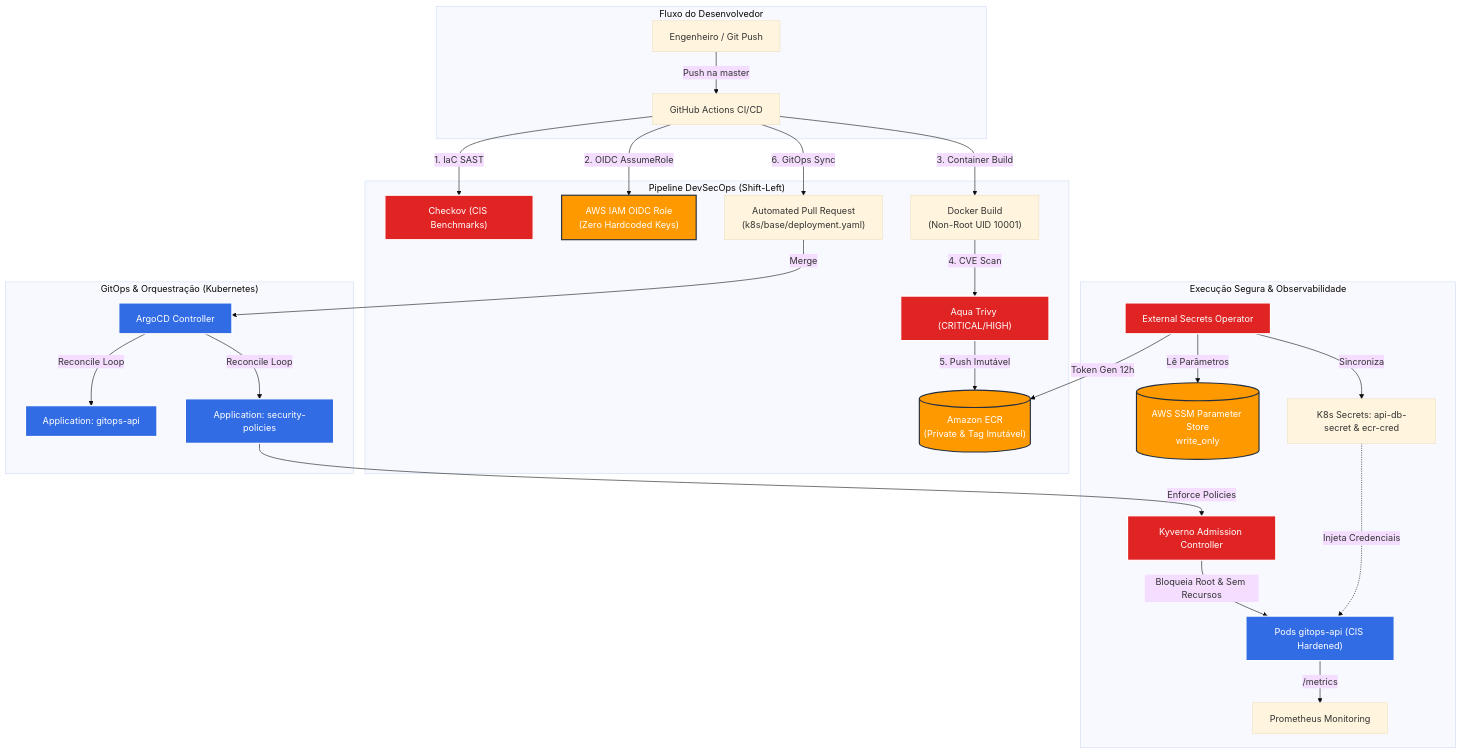
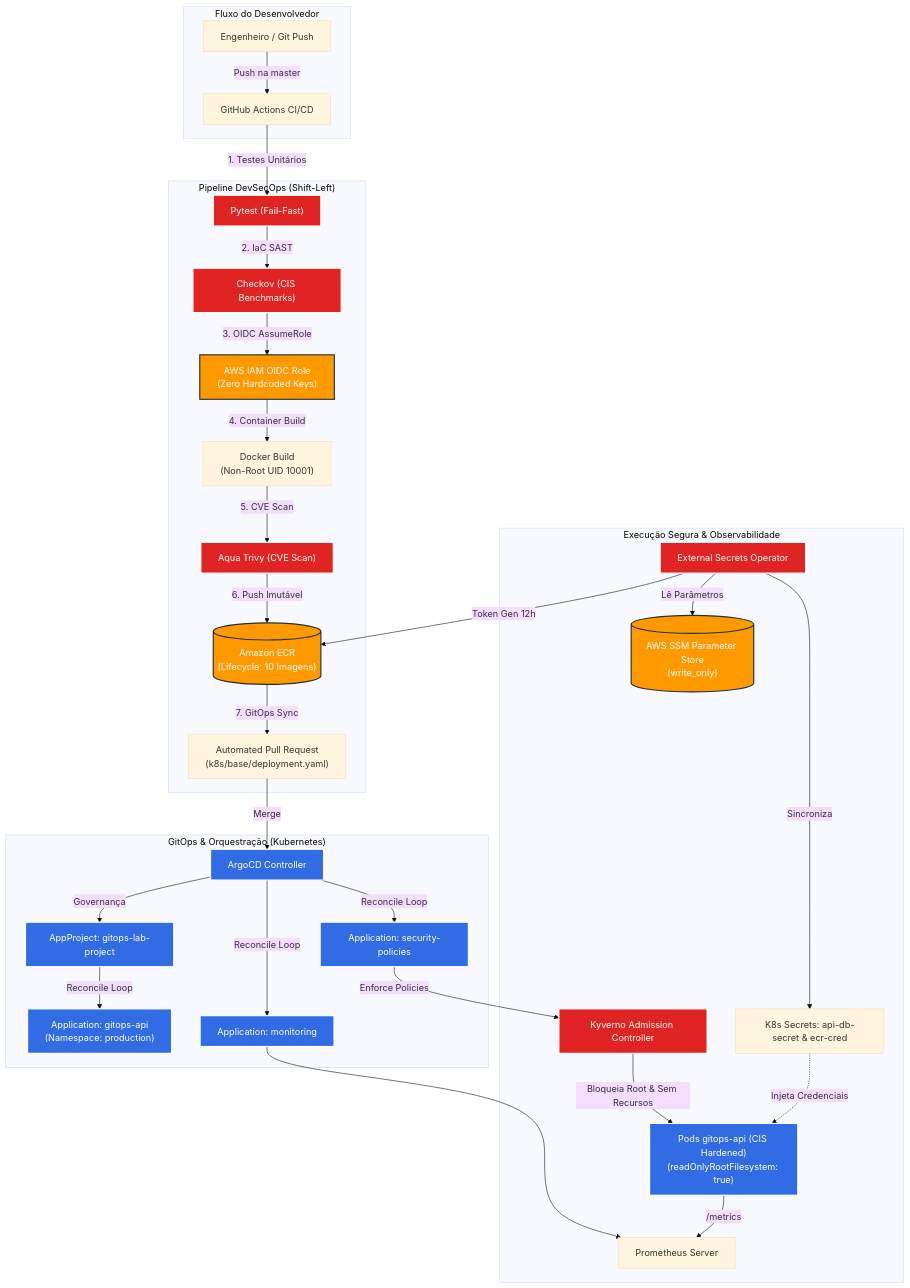
One commit to mdhenriques/gitops-lab changed the diagram in README.md. Above: the diagram before and after it, drawn with Mermaid (base theme). The commit also changed other lines of this file, not shown here.

Commit message:
docs: revisao completa do README com arquitetura atualizada, appproject e testes

````diff
--- a/README.md
+++ b/README.md
@@ -17,40 +17,44 @@
 ```mermaid
 flowchart TD
     subgraph Developer_Workflow["Fluxo do Desenvolvedor"]
         DEV["Engenheiro / Git Push"] -->|Push na master| GHA["GitHub Actions CI/CD"]
     end
 
     subgraph CI_Security_Pipeline["Pipeline DevSecOps (Shift-Left)"]
-        GHA -->|1. IaC SAST| CKV["Checkov (CIS Benchmarks)"]
-        GHA -->|2. OIDC AssumeRole| IAM["AWS IAM OIDC Role\n(Zero Hardcoded Keys)"]
-        GHA -->|3. Container Build| DOCKER["Docker Build\n(Non-Root UID 10001)"]
-        DOCKER -->|4. CVE Scan| TRIVY["Aqua Trivy (CRITICAL/HIGH)"]
-        TRIVY -->|5. Push Imutável| ECR[("Amazon ECR\n(Private & Tag Imutável)")]
-        GHA -->|6. GitOps Sync| PR["Automated Pull Request\n(k8s/base/deployment.yaml)"]
+        GHA -->|1. Testes Unitários| PYTEST["Pytest (Fail-Fast)"]
+        PYTEST -->|2. IaC SAST| CKV["Checkov (CIS Benchmarks)"]
+        CKV -->|3. OIDC AssumeRole| IAM["AWS IAM OIDC Role\n(Zero Hardcoded Keys)"]
+        IAM -->|4. Container Build| DOCKER["Docker Build\n(Non-Root UID 10001)"]
+        DOCKER -->|5. CVE Scan| TRIVY["Aqua Trivy (CVE Scan)"]
+        TRIVY -->|6. Push Imutável| ECR[("Amazon ECR\n(Lifecycle: 10 Imagens)")]
+        ECR -->|7. GitOps Sync| PR["Automated Pull Request\n(k8s/base/deployment.yaml)"]
     end
 
     subgraph GitOps_Control_Plane["GitOps & Orquestração (Kubernetes)"]
         PR -->|Merge| ARGO["ArgoCD Controller"]
-        ARGO -->|Reconcile Loop| K8S_APP["Application: gitops-api"]
+        ARGO -->|Governança| PROJ["AppProject: gitops-lab-project"]
+        PROJ -->|Reconcile Loop| K8S_APP["Application: gitops-api\n(Namespace: production)"]
         ARGO -->|Reconcile Loop| K8S_POL["Application: security-policies"]
+        ARGO -->|Reconcile Loop| K8S_MON["Application: monitoring"]
     end
 
     subgraph Security_And_Runtime["Execução Segura & Observabilidade"]
         K8S_POL -->|Enforce Policies| KYVERNO["Kyverno Admission Controller"]
-        KYVERNO -->|Bloqueia Root & Sem Recursos| PODS["Pods gitops-api (CIS Hardened)"]
+        KYVERNO -->|Bloqueia Root & Sem Recursos| PODS["Pods gitops-api (CIS Hardened)\n(readOnlyRootFilesystem: true)"]
         
         ESO["External Secrets Operator"] -->|"Token Gen 12h"| ECR
-        ESO -->|Lê Parâmetros| SSM[("AWS SSM Parameter Store\nwrite_only")]
+        ESO -->|Lê Parâmetros| SSM[("AWS SSM Parameter Store\n(write_only)")]
         ESO -->|Sincroniza| SECRETS["K8s Secrets: api-db-secret & ecr-cred"]
         SECRETS -.->|Injeta Credenciais| PODS
         
-        PODS -->|/metrics| PROM["Prometheus Monitoring"]
+        K8S_MON --> PROM["Prometheus Server"]
+        PODS -->|/metrics| PROM
     end
 
     classDef aws fill:#FF9900,stroke:#232F3E,stroke-width:2px,color:#fff;
     classDef k8s fill:#326CE5,stroke:#fff,stroke-width:2px,color:#fff;
     classDef sec fill:#E02424,stroke:#fff,stroke-width:2px,color:#fff;
     class ECR,SSM,IAM aws;
-    class ARGO,PODS,K8S_APP,K8S_POL k8s;
-    class CKV,TRIVY,KYVERNO,ESO sec;
+    class ARGO,PODS,K8S_APP,K8S_POL,K8S_MON,PROJ k8s;
+    class CKV,TRIVY,KYVERNO,ESO,PYTEST sec;
 ```
````
